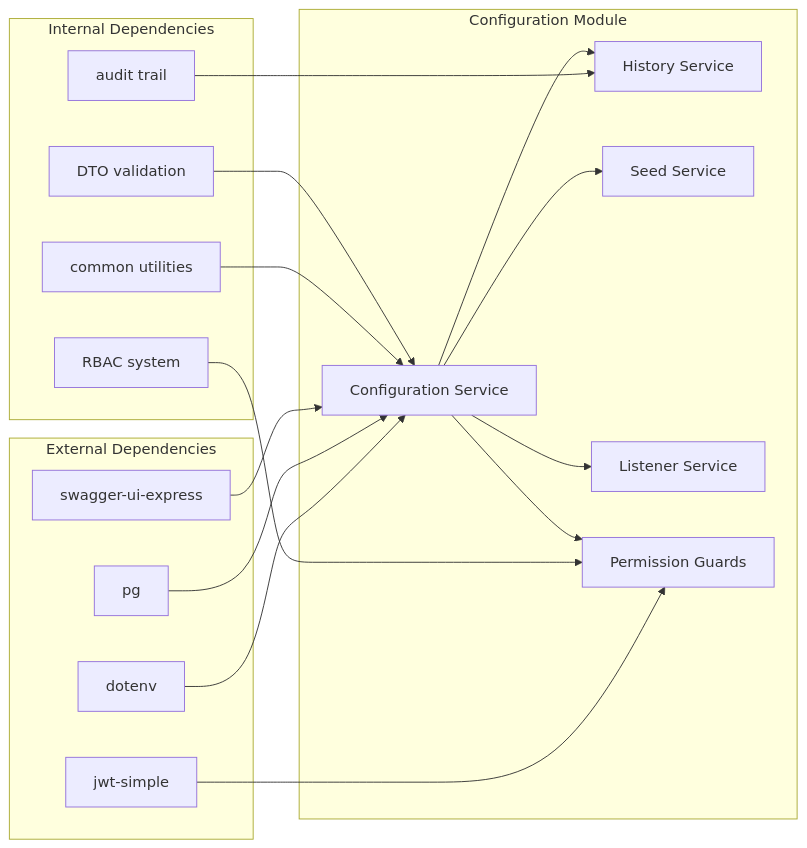
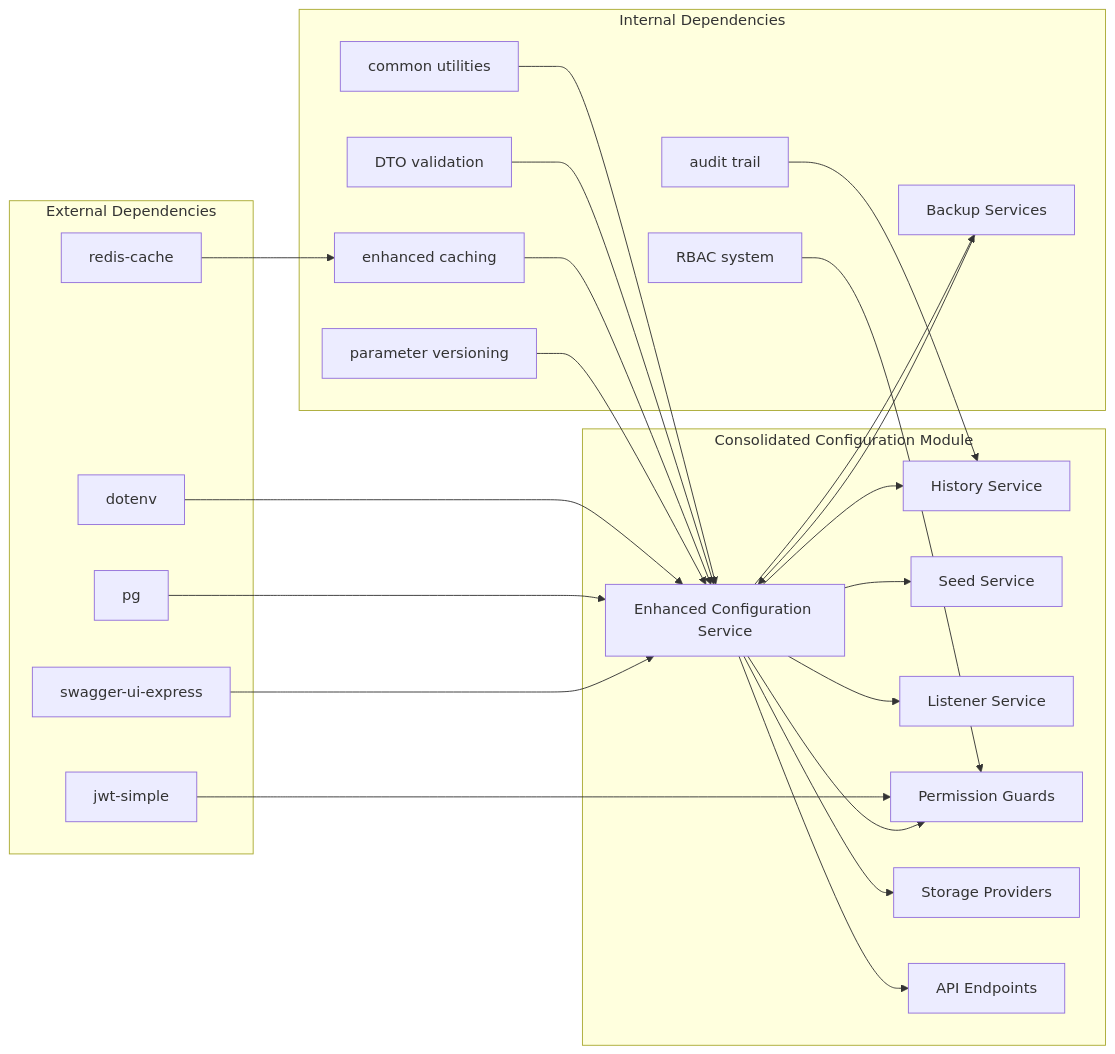
Before and after one commit to franckylab/eLISAschool: the sixth of 6 diagrams in .qoder/repowiki/en/content/Getting Started/Complete Configuration Coverage.md, drawn with Mermaid. The commit also changed other lines of this file and 281 other files, not shown here.

````diff
--- a/.qoder/repowiki/en/content/Getting Started/Complete Configuration Coverage.md
+++ b/.qoder/repowiki/en/content/Getting Started/Complete Configuration Coverage.md
@@ -305,34 +405,48 @@
 ```mermaid
 graph LR
 subgraph "External Dependencies"
 ENV[dotenv]
 PG[pg]
 SWAGGER[swagger-ui-express]
 JWT[jwt-simple]
+REDIS[redis-cache]
 end
 subgraph "Internal Dependencies"
 COMMON[common utilities]
 RBAC[RBAC system]
 AUDIT[audit trail]
 VALIDATION[DTO validation]
+CACHE[enhanced caching]
+VERSIONING[parameter versioning]
+BACKUP[backup system]
 end
-subgraph "Configuration Module"
-SERVICE[Configuration Service]
+subgraph "Consolidated Configuration Module"
+SERVICE[Enhanced Configuration Service]
 HISTORY[History Service]
 SEED[Seed Service]
 LISTENER[Listener Service]
 GUARDS[Permission Guards]
+BACKUP[Backup Services]
+STORAGE[Storage Providers]
+ENDPOINTS[API Endpoints]
 end
 ENV --> SERVICE
 PG --> SERVICE
 SWAGGER --> SERVICE
 JWT --> GUARDS
+REDIS --> CACHE
 COMMON --> SERVICE
 RBAC --> GUARDS
 AUDIT --> HISTORY
 VALIDATION --> SERVICE
+CACHE --> SERVICE
+VERSIONING --> SERVICE
+BACKUP --> SERVICE
 SERVICE --> HISTORY
 SERVICE --> SEED
 SERVICE --> LISTENER
+SERVICE --> BACKUP
+SERVICE --> STORAGE
 SERVICE --> GUARDS
+SERVICE --> ENDPOINTS
 ```
````
